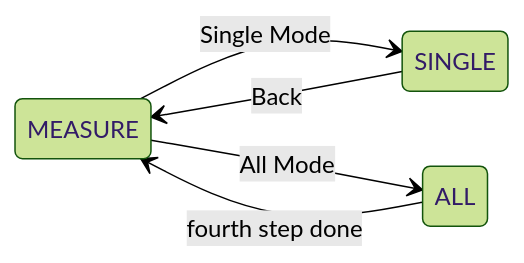
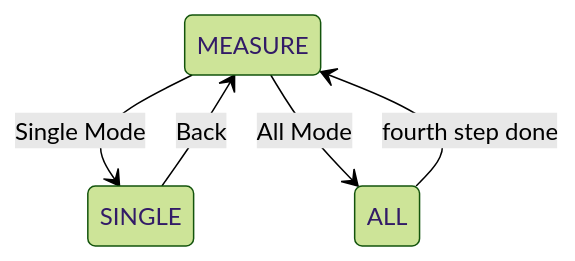
One commit to haikevins/Multimeter_Project changed diagram 16 of 22 in README.md. Above: the diagram before and after it, drawn with Mermaid (forest theme). The commit also changed other lines of this file, not shown here.

````diff
--- a/README.md
+++ b/README.md
@@ -875,8 +883,8 @@
 ```mermaid
 stateDiagram-v2
-    direction LR
+    direction TB
     MEASURE --> SINGLE: Single Mode
     SINGLE --> MEASURE: Back
     MEASURE --> ALL: All Mode
     ALL --> MEASURE: fourth step done
 ```
````
